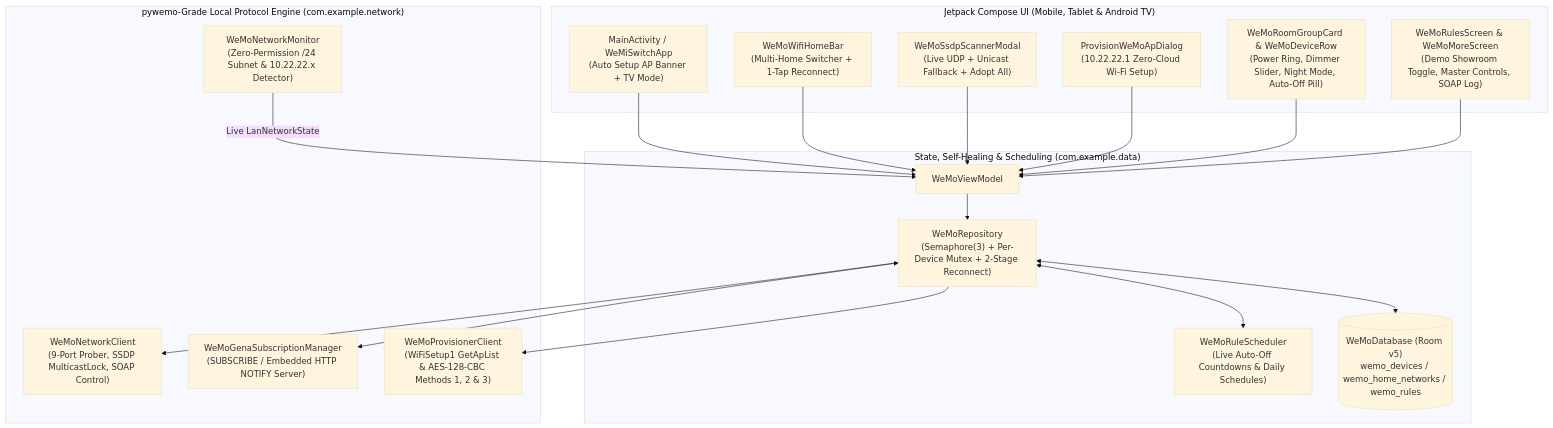
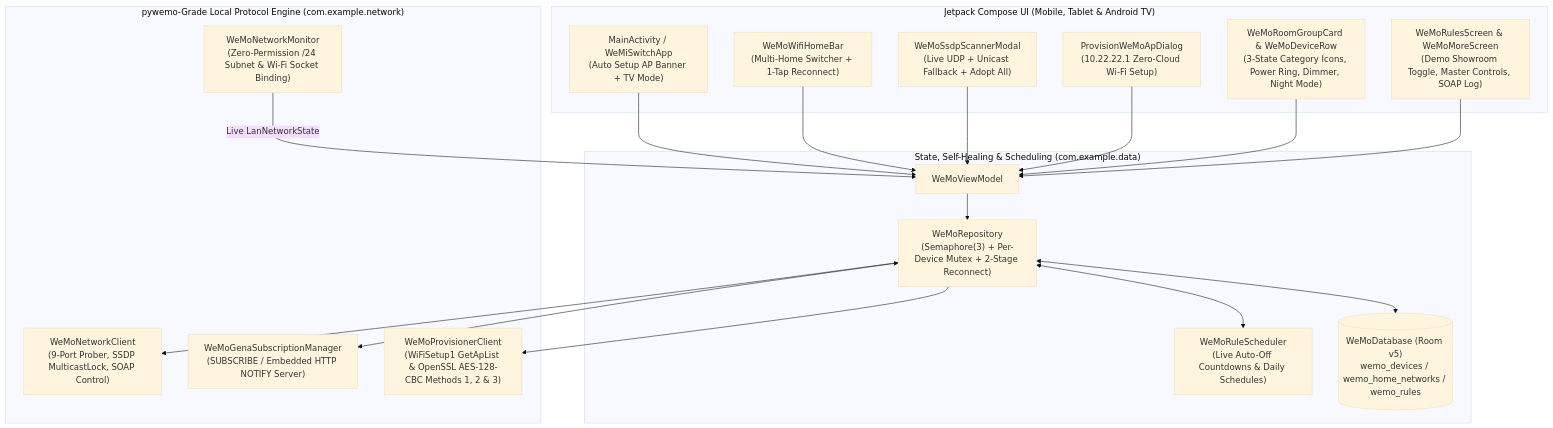
The diagram in IMPLEMENTED.md (MichaelRHead/WeMi-light-control), drawn with Mermaid (base theme) before and after one commit. The commit also changed other lines of this file and 9 other files, not shown here.

````diff
--- a/IMPLEMENTED.md
+++ b/IMPLEMENTED.md
@@ -49,34 +201,34 @@
 ```mermaid
 flowchart TD
     subgraph UI["Jetpack Compose UI (Mobile, Tablet & Android TV)"]
         Main["MainActivity / WeMiSwitchApp\n(Auto Setup AP Banner + TV Mode)"]
         HomeBar["WeMoWifiHomeBar\n(Multi-Home Switcher + 1-Tap Reconnect)"]
         Scanner["WeMoSsdpScannerModal\n(Live UDP + Unicast Fallback + Adopt All)"]
         Provision["ProvisionWeMoApDialog\n(10.22.22.1 Zero-Cloud Wi-Fi Setup)"]
-        Rooms["WeMoRoomGroupCard & WeMoDeviceRow\n(Power Ring, Dimmer Slider, Night Mode, Auto-Off Pill)"]
+        Rooms["WeMoRoomGroupCard & WeMoDeviceRow\n(3-State Category Icons, Power Ring, Dimmer, Night Mode)"]
         RulesUI["WeMoRulesScreen & WeMoMoreScreen\n(Demo Showroom Toggle, Master Controls, SOAP Log)"]
     end
 
     subgraph Domain["State, Self-Healing & Scheduling (com.example.data)"]
         VM["WeMoViewModel"]
         Repo["WeMoRepository\n(Semaphore(3) + Per-Device Mutex + 2-Stage Reconnect)"]
         Sched["WeMoRuleScheduler\n(Live Auto-Off Countdowns & Daily Schedules)"]
         DB[("WeMoDatabase (Room v5)\nwemo_devices / wemo_home_networks / wemo_rules")]
     end
 
     subgraph Net["pywemo-Grade Local Protocol Engine (com.example.network)"]
         Client["WeMoNetworkClient\n(9-Port Prober, SSDP MulticastLock, SOAP Control)"]
         Gena["WeMoGenaSubscriptionManager\n(SUBSCRIBE / Embedded HTTP NOTIFY Server)"]
-        NetMon["WeMoNetworkMonitor\n(Zero-Permission /24 Subnet & 10.22.22.x Detector)"]
-        Prov["WeMoProvisionerClient\n(WiFiSetup1 GetApList & AES-128-CBC Methods 1, 2 & 3)"]
+        NetMon["WeMoNetworkMonitor\n(Zero-Permission /24 Subnet & Wi-Fi Socket Binding)"]
+        Prov["WeMoProvisionerClient\n(WiFiSetup1 GetApList & OpenSSL AES-128-CBC Methods 1, 2 & 3)"]
     end
 
     Main --> VM
     HomeBar & Scanner & Provision & Rooms & RulesUI --> VM
     VM --> Repo
     NetMon -->|Live LanNetworkState| VM
     Repo <--> DB
     Repo <--> Sched
     Repo --> Client & Prov
     Repo <--> Gena
 ```
````
